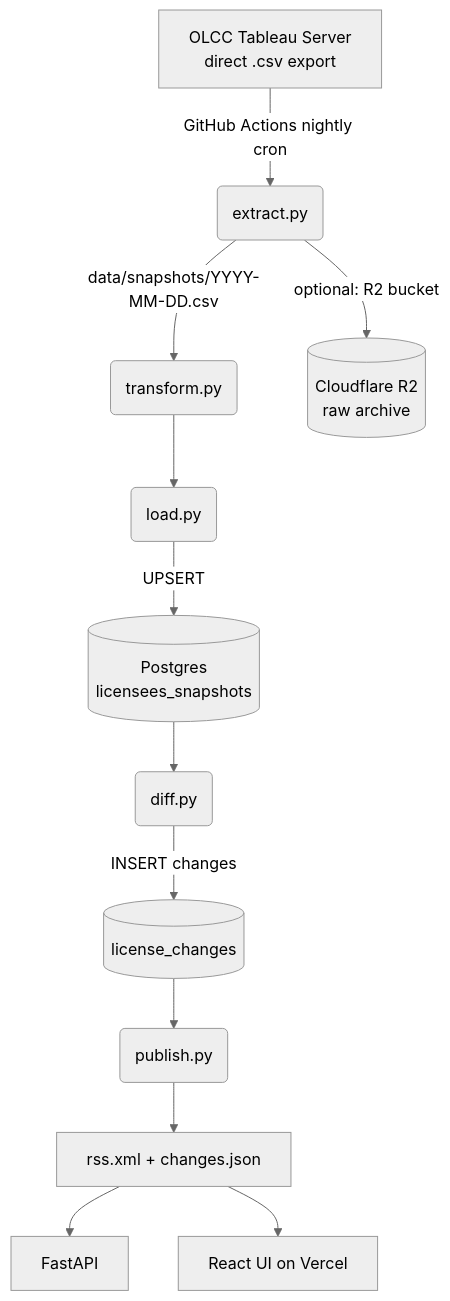
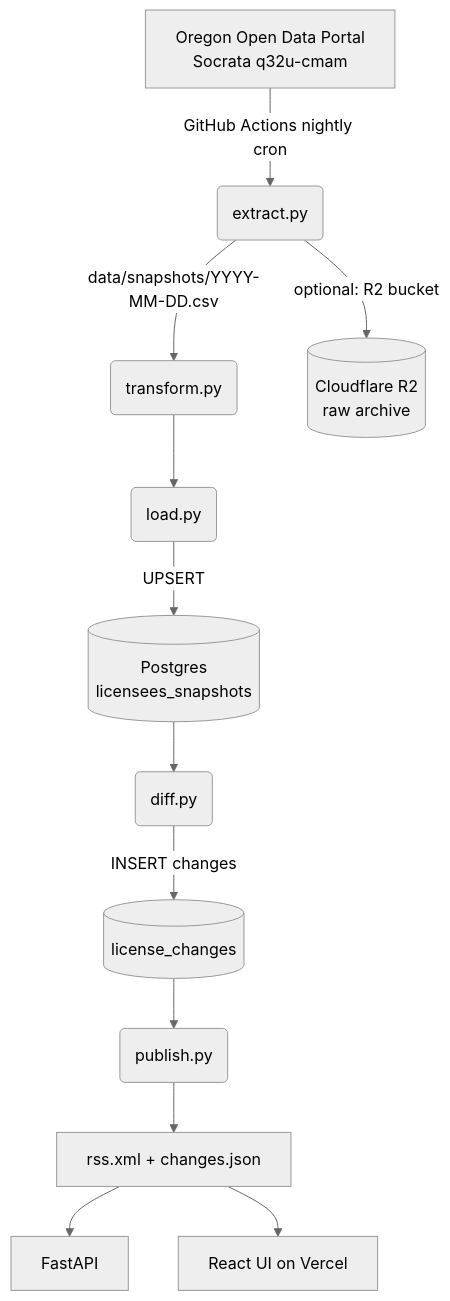
Before and after one commit to markpernotto/oregon-cannabis-license-watch: the diagram in docs/ARCHITECTURE.md, drawn with Mermaid (neutral theme). The commit also changed other lines of this file and 30 other files, not shown here.

````diff
--- a/docs/ARCHITECTURE.md
+++ b/docs/ARCHITECTURE.md
@@ -8,14 +8,14 @@
 ```mermaid
 flowchart TD
-    A[OLCC Tableau Server<br/>direct .csv export] -->|GitHub Actions nightly cron| B(extract.py)
+    A[Oregon Open Data Portal<br/>Socrata q32u-cmam] -->|GitHub Actions nightly cron| B(extract.py)
     B -->|data/snapshots/YYYY-MM-DD.csv| C(transform.py)
     B -->|optional: R2 bucket| Z[(Cloudflare R2<br/>raw archive)]
     C --> D(load.py)
     D -->|UPSERT| E[(Postgres<br/>licensees_snapshots)]
     E --> F(diff.py)
     F -->|INSERT changes| G[(license_changes)]
     G --> H(publish.py)
     H --> I[rss.xml + changes.json]
     I --> J[FastAPI]
     I --> K[React UI on Vercel]
 ```
````
